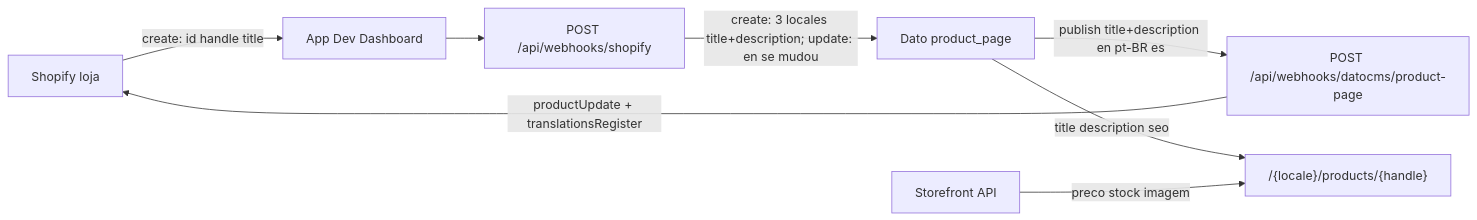
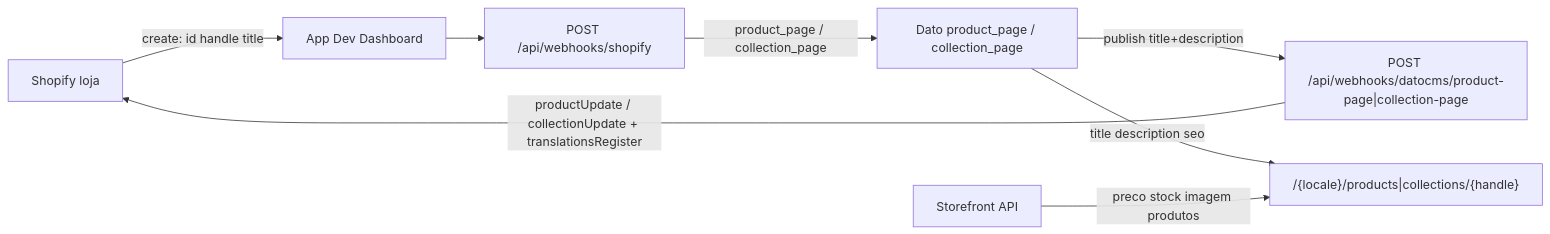
One commit to ezequiel-da-silva/enterprise-next-datocms changed the diagram in docs/SHOPIFY.md. Above: the diagram before and after it, drawn with Mermaid. The commit also changed other lines of this file and 41 other files, not shown here.

First line of the commit message:
feat(shopify): implement collection page synchronization with Shopify

````diff
--- a/docs/SHOPIFY.md
+++ b/docs/SHOPIFY.md
@@ -9,18 +9,18 @@
 ```mermaid
 flowchart LR
   ShopifyStore[Shopify loja]
   AppWebhook[App Dev Dashboard]
   NextShopify["POST /api/webhooks/shopify"]
-  DatoCMA[Dato product_page]
-  NextDato["POST /api/webhooks/datocms/product-page"]
-  NextPDP["/{locale}/products/{handle}"]
+  DatoCMA[Dato product_page / collection_page]
+  NextDato["POST /api/webhooks/datocms/product-page|collection-page"]
+  NextPDP["/{locale}/products|collections/{handle}"]
   Storefront[Storefront API]
 
   ShopifyStore -->|"create: id handle title"| AppWebhook
   AppWebhook --> NextShopify
-  NextShopify -->|"create: 3 locales title+description; update: en se mudou"| DatoCMA
-  DatoCMA -->|"publish title+description en pt-BR es"| NextDato
-  NextDato -->|productUpdate + translationsRegister| ShopifyStore
+  NextShopify -->|"product_page / collection_page"| DatoCMA
+  DatoCMA -->|"publish title+description"| NextDato
+  NextDato -->|productUpdate / collectionUpdate + translationsRegister| ShopifyStore
   DatoCMA -->|title description seo| NextPDP
-  Storefront -->|preco stock imagem| NextPDP
+  Storefront -->|preco stock imagem produtos| NextPDP
 ```
````
